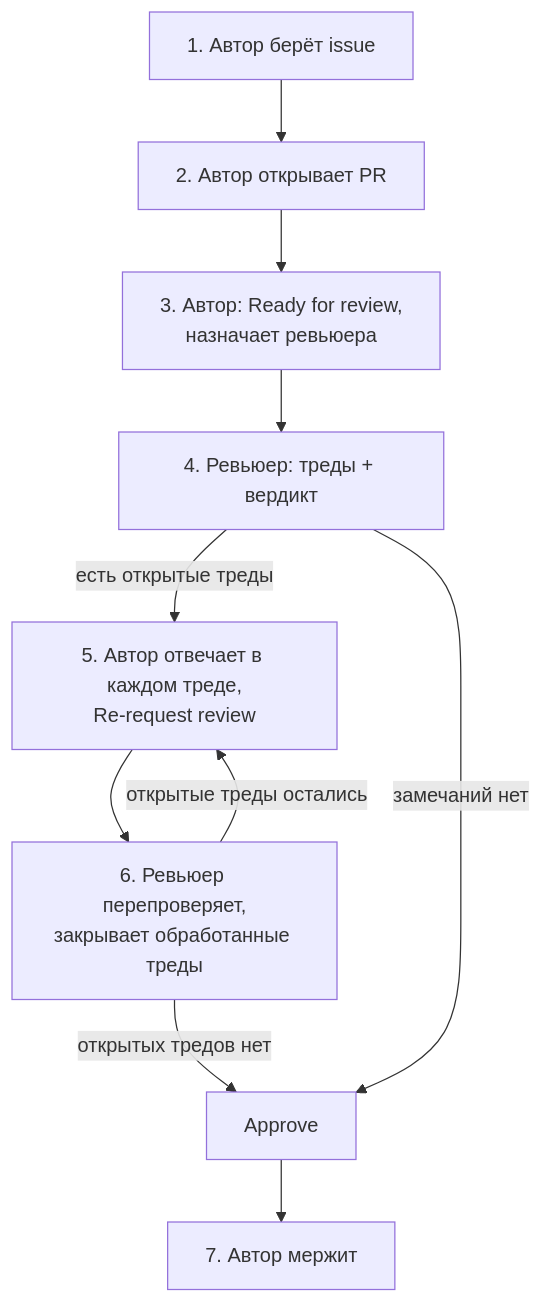
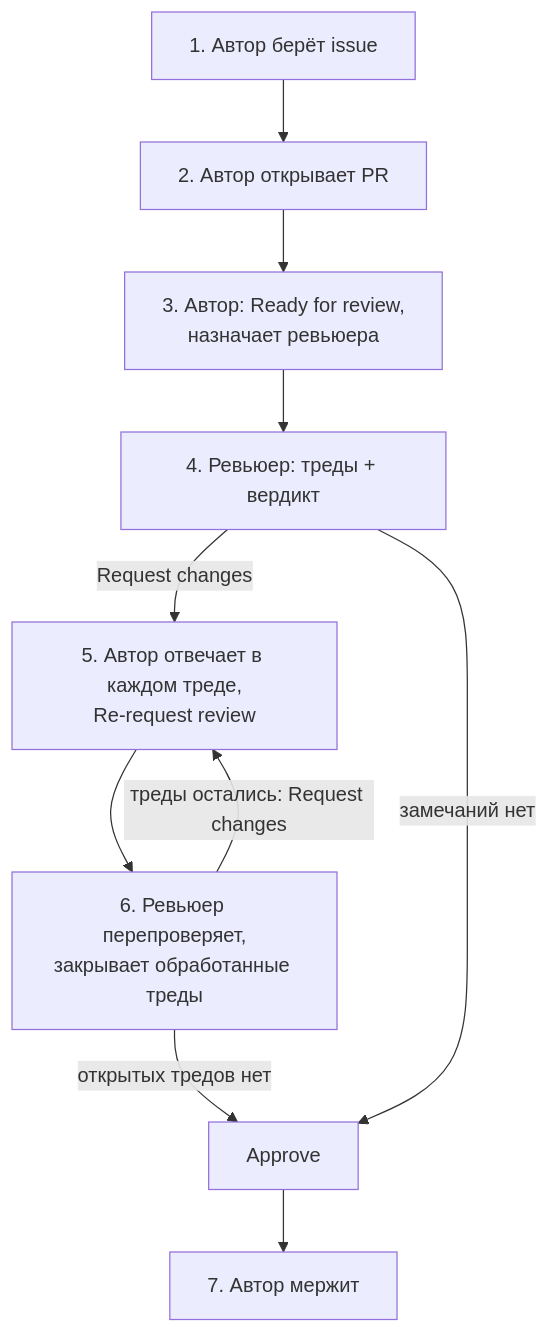
One commit to larchanka-training/dmc-268-api-t6 changed the diagram in docs/CONTRIBUTING.md. Above: the diagram before and after it, drawn with Mermaid. The commit also changed other lines of this file and 1 other file, not shown here.

Commit message:
docs(contributing): define who resolves a non-reviewer thread (#28)
Review of the first commit: once the ruleset requires resolved threads,
a thread opened by someone outside Reviewers had no defined resolver;
whoever opened it resolves it. The diagram now names the Request
changes verdict the reviewer actually clicks. git-workflow.md follows
(SYNC with ui).

Refs #28

Claude-Session: https://claude.ai/code/session_013bJnWwUCTeR6Jy5iqaoYdi

````diff
--- a/docs/CONTRIBUTING.md
+++ b/docs/CONTRIBUTING.md
@@ -26,12 +26,12 @@
 ```mermaid
 flowchart TD
   take["1. Автор берёт issue"] --> pr["2. Автор открывает PR"]
   pr --> ready["3. Автор: Ready for review,<br/>назначает ревьюера"]
   ready --> review["4. Ревьюер: треды + вердикт"]
-  review -->|есть открытые треды| answer["5. Автор отвечает в каждом треде,<br/>Re-request review"]
+  review -->|Request changes| answer["5. Автор отвечает в каждом треде,<br/>Re-request review"]
   answer --> recheck["6. Ревьюер перепроверяет,<br/>закрывает обработанные треды"]
-  recheck -->|открытые треды остались| answer
+  recheck -->|треды остались: Request changes| answer
   recheck -->|открытых тредов нет| approve["Approve"]
   review -->|замечаний нет| approve
   approve --> merge["7. Автор мержит"]
 ```
````
